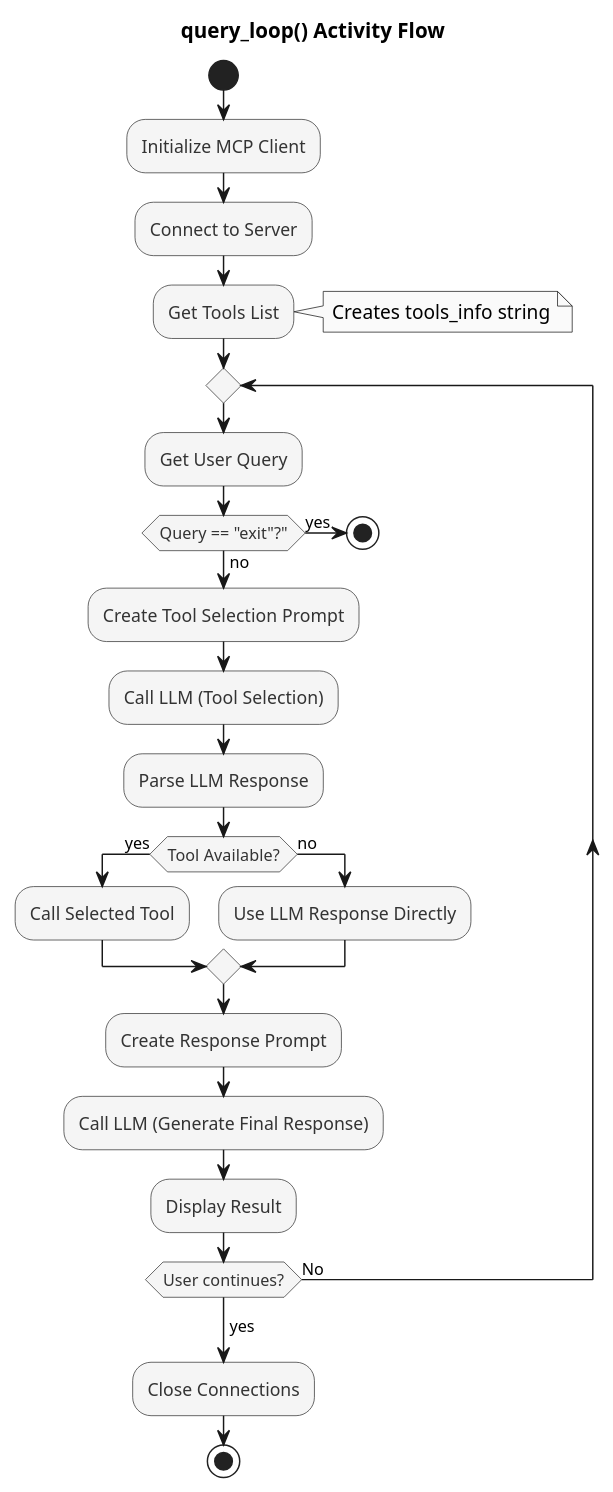
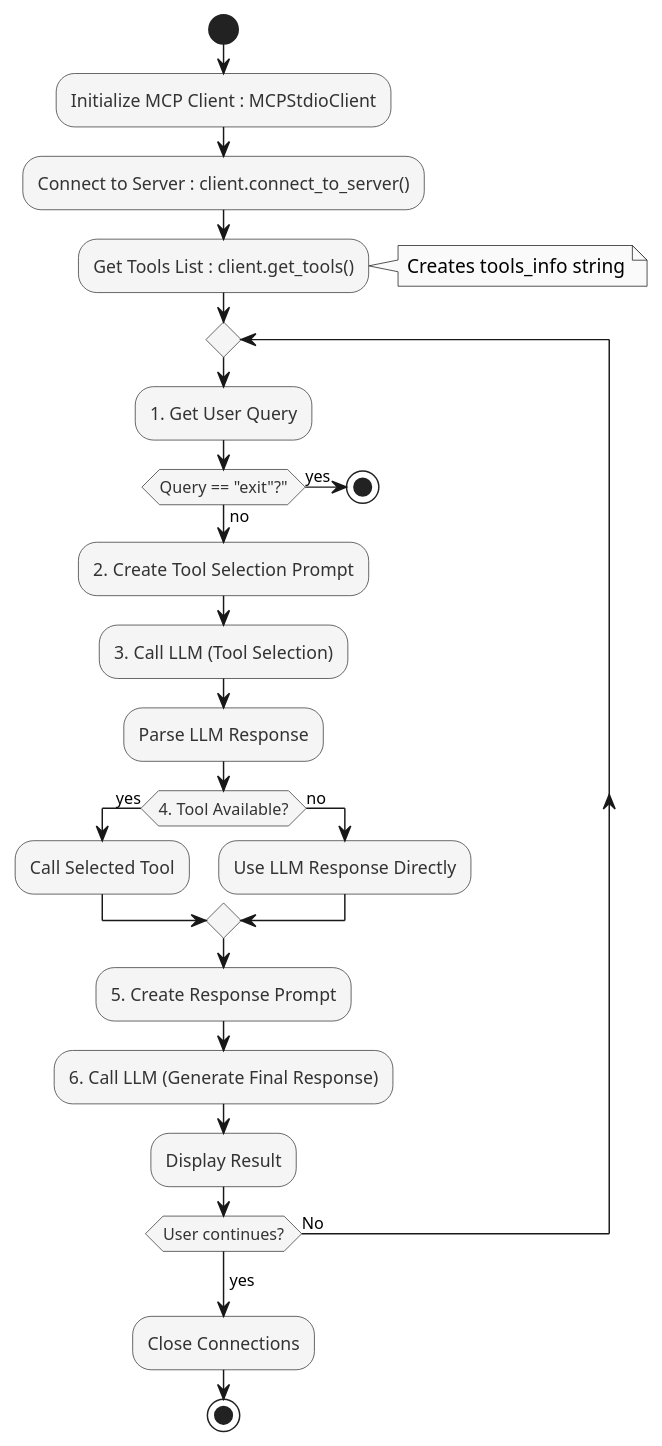
One commit to acloudfan/gen-ai-app-dev changed the diagram in MCP/puml/qa-loop.puml. Above: the diagram before and after it, drawn with PlantUML. The commit also changed 18 other files, not shown here.

```diff
--- a/MCP/puml/qa-loop.puml
+++ b/MCP/puml/qa-loop.puml
@@ -1,40 +1,40 @@
 @startuml
 skinparam monochrome true
 skinparam shadowing false
 skinparam ActivityBackgroundColor #F5F5F5
 skinparam ActivityBorderColor #333
 skinparam ActivityFontColor #333
 
-title query_loop() Activity Flow
+' title query_loop() Activity Flow
 
 start
-:Initialize MCP Client;
-:Connect to Server;
-:Get Tools List;
+:Initialize MCP Client : MCPStdioClient;
+:Connect to Server : client.connect_to_server();
+:Get Tools List : client.get_tools();
 note right: Creates tools_info string
 
 repeat
-  :Get User Query;
+  :1. Get User Query;
   if (Query == "exit"?") then (yes)
     stop
   else (no)
-    :Create Tool Selection Prompt;
-    :Call LLM (Tool Selection);
+    :2. Create Tool Selection Prompt;
+    :3. Call LLM (Tool Selection);
     :Parse LLM Response;
     
-    if (Tool Available?) then (yes)
+    if (4. Tool Available?) then (yes)
       :Call Selected Tool;
     else (no)
       :Use LLM Response Directly;
     endif
     
-    :Create Response Prompt;
-    :Call LLM (Generate Final Response);
+    :5. Create Response Prompt;
+    :6. Call LLM (Generate Final Response);
     :Display Result;
   endif
 repeat while (User continues?) is (No)
 ->yes;
 :Close Connections;
 stop
 
 @enduml
```
